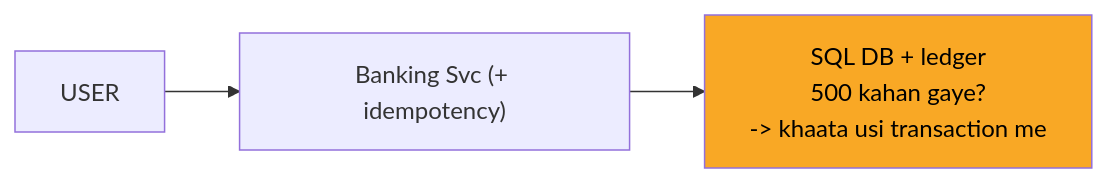
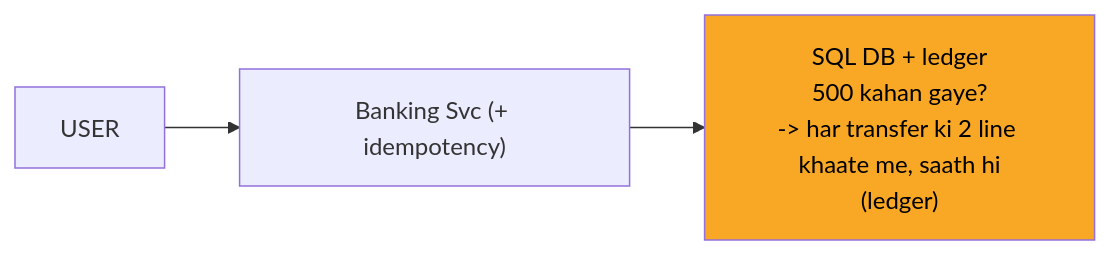
Before and after one commit to ArpanMaheshwari144/Prep: the fifth of 13 diagrams in 04_HLD/SYSTEM_DESIGNS/13_banking_system/13_banking_system.md, drawn with Mermaid. The commit also changed other lines of this file and 13 other files, not shown here.

````diff
--- a/04_HLD/SYSTEM_DESIGNS/13_banking_system/13_banking_system.md
+++ b/04_HLD/SYSTEM_DESIGNS/13_banking_system/13_banking_system.md
@@ -167,9 +167,9 @@
 ```mermaid
 flowchart LR
     n_USER["USER"]
     n_SVC["Banking Svc (+ idempotency)"]
-    n_DB["SQL DB + ledger<br/>500 kahan gaye?<br/>-> khaata usi transaction me"]
+    n_DB["SQL DB + ledger<br/>500 kahan gaye?<br/>-> har transfer ki 2 line khaate me, saath hi<br/>(ledger)"]
     n_USER --> n_SVC
     n_SVC --> n_DB
     style n_DB fill:#f9a825,color:#000
 ```
````
